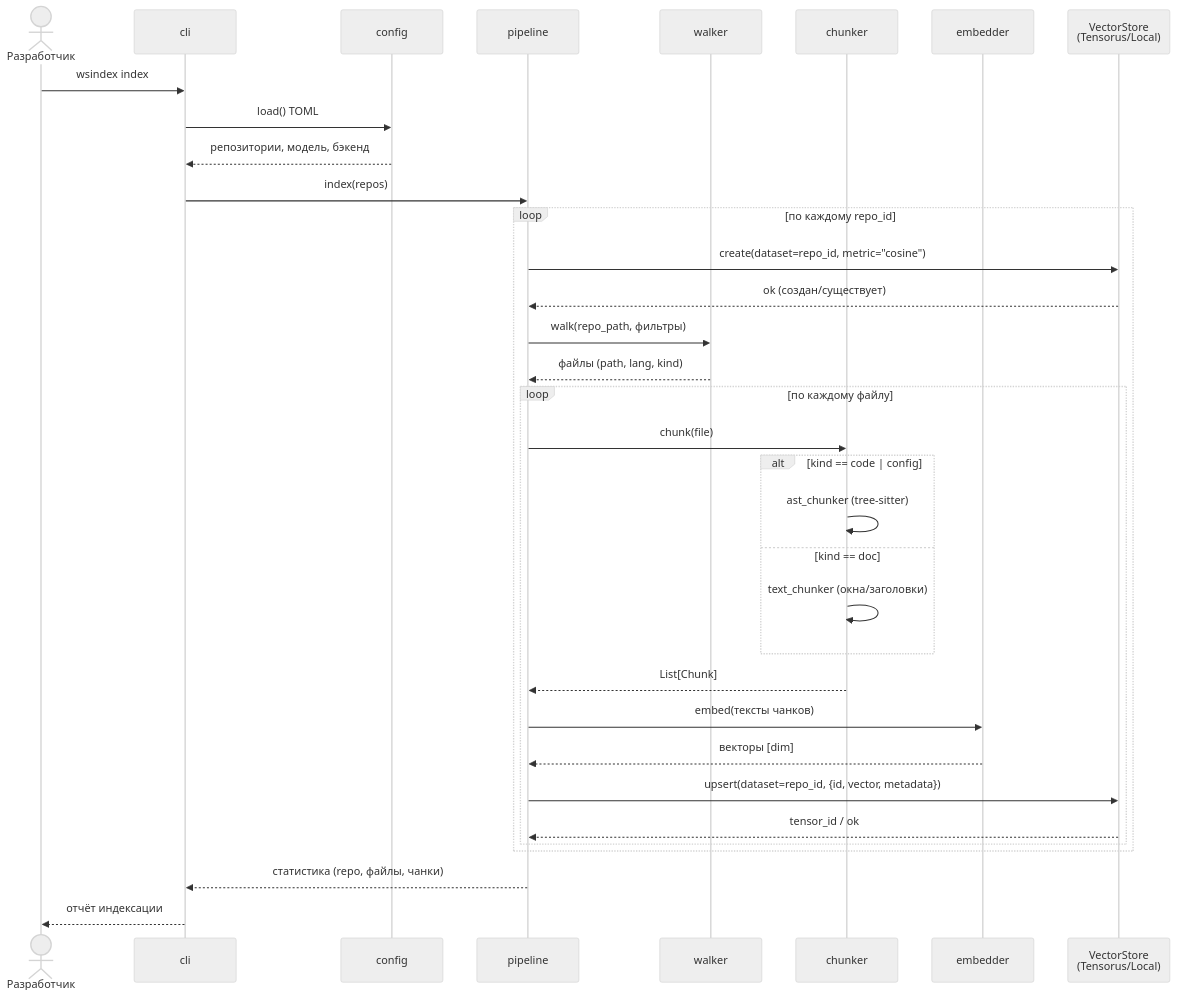
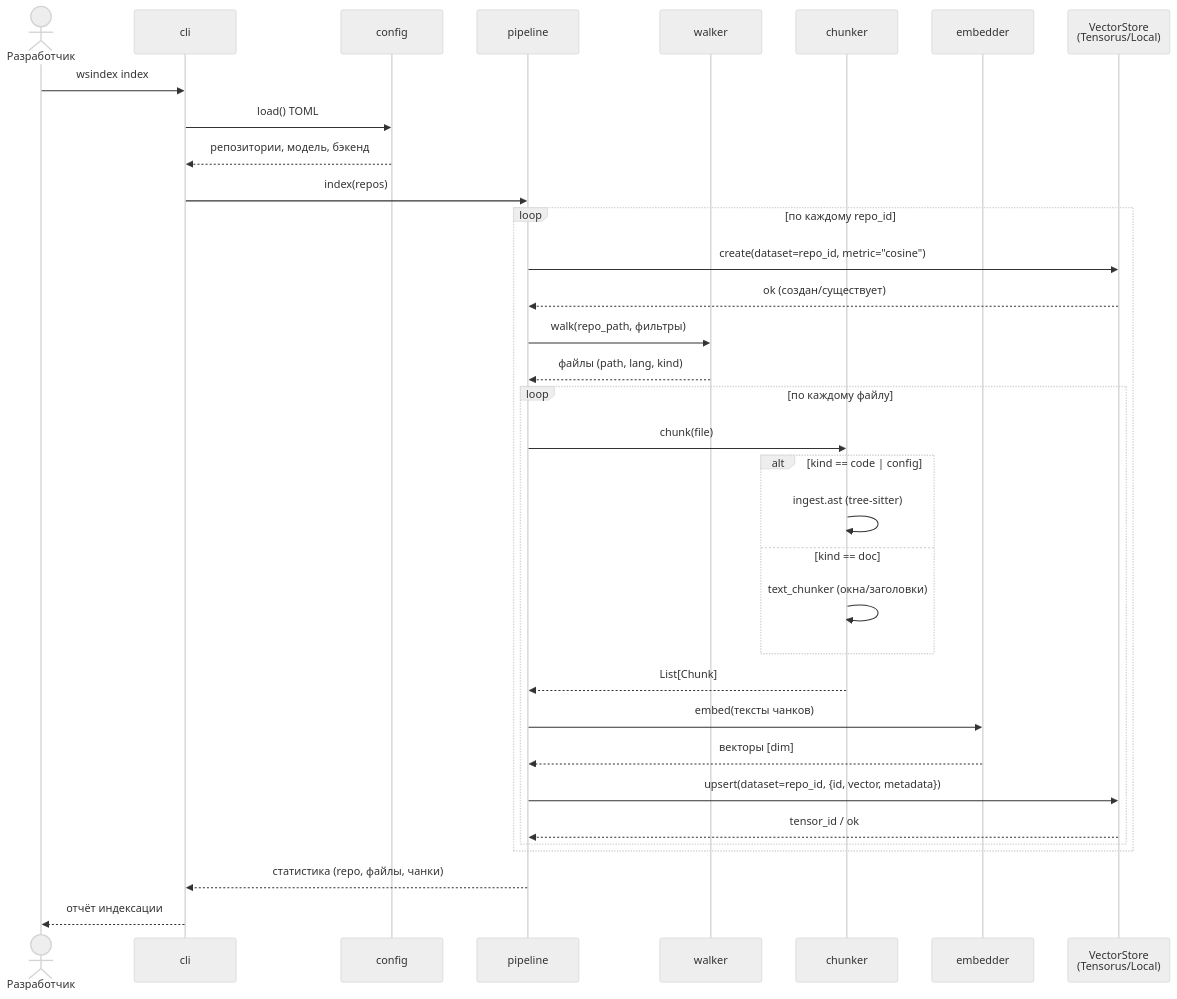
Before and after one commit to rmorenko/wsindex: the third of 4 diagrams in ARCH_ru.md, drawn with Mermaid (neutral theme). The commit also changed other lines of this file and 3 other files, not shown here.

````diff
--- a/ARCH_ru.md
+++ b/ARCH_ru.md
@@ -195,39 +195,39 @@
 ```mermaid
 sequenceDiagram
     actor Dev as Разработчик
     participant CLI as cli
     participant Cfg as config
     participant P as pipeline
     participant W as walker
     participant Ch as chunker
     participant E as embedder
     participant S as VectorStore<br/>(Tensorus/Local)
 
     Dev->>CLI: wsindex index
     CLI->>Cfg: load() TOML
     Cfg-->>CLI: репозитории, модель, бэкенд
     CLI->>P: index(repos)
 
     loop по каждому repo_id
         P->>S: create(dataset=repo_id, metric="cosine")
         S-->>P: ok (создан/существует)
         P->>W: walk(repo_path, фильтры)
         W-->>P: файлы (path, lang, kind)
 
         loop по каждому файлу
             P->>Ch: chunk(file)
             alt kind == code | config
-                Ch->>Ch: ast_chunker (tree-sitter)
+                Ch->>Ch: ingest.ast (tree-sitter)
             else kind == doc
                 Ch->>Ch: text_chunker (окна/заголовки)
             end
             Ch-->>P: List[Chunk]
             P->>E: embed(тексты чанков)
             E-->>P: векторы [dim]
             P->>S: upsert(dataset=repo_id, {id, vector, metadata})
             S-->>P: tensor_id / ok
         end
     end
     P-->>CLI: статистика (repo, файлы, чанки)
     CLI-->>Dev: отчёт индексации
 ```
````
